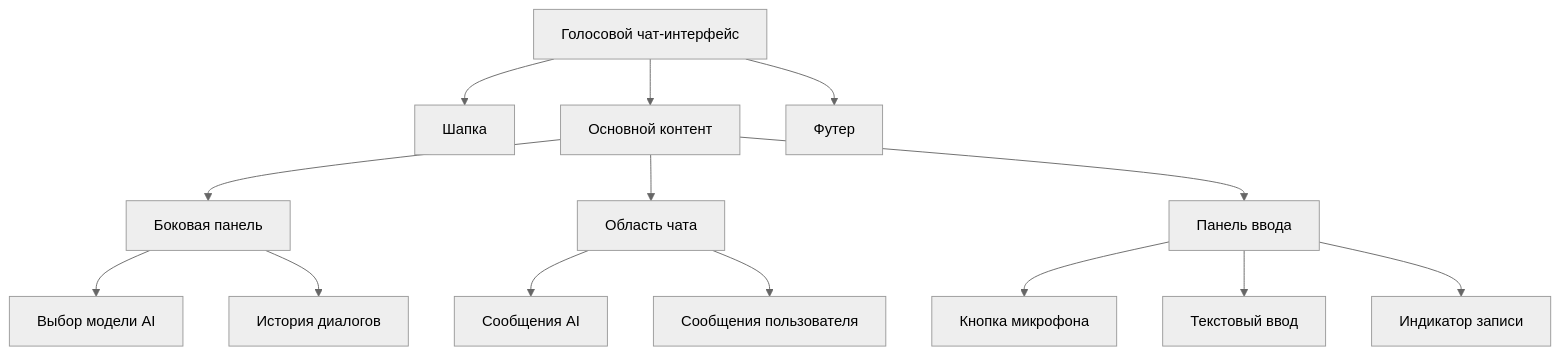
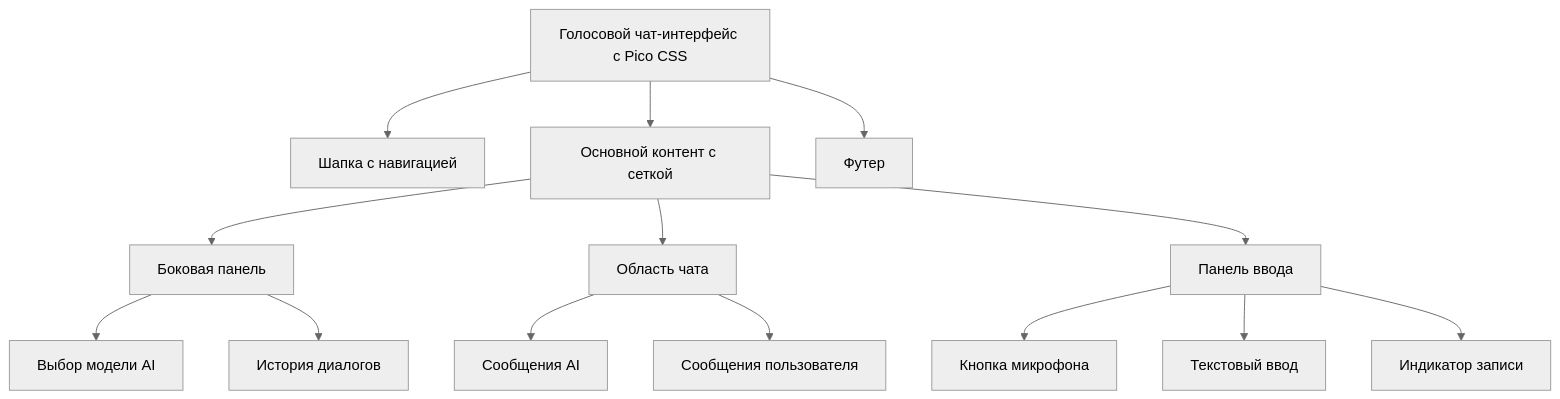
Before and after one commit to zephyr-m/voice: the diagram in plans/voice-interface-plan.md, drawn with Mermaid (neutral theme). The commit also changed other lines of this file and 6 other files, not shown here.

Commit message:
Initial commit: голосовой чат-интерфейс с Pico CSS

````diff
--- a/plans/voice-interface-plan.md
+++ b/plans/voice-interface-plan.md
@@ -752,20 +502,20 @@
 ```mermaid
 flowchart TD
-    A[Голосовой чат-интерфейс] --> B[Шапка]
-    A --> C[Основной контент]
+    A[Голосовой чат-интерфейс с Pico CSS] --> B[Шапка с навигацией]
+    A --> C[Основной контент с сеткой]
     A --> D[Футер]
     
     C --> E[Боковая панель]
     C --> F[Область чата]
     C --> G[Панель ввода]
     
     E --> H[Выбор модели AI]
     E --> I[История диалогов]
     
     F --> J[Сообщения AI]
     F --> K[Сообщения пользователя]
     
     G --> L[Кнопка микрофона]
     G --> M[Текстовый ввод]
     G --> N[Индикатор записи]
 ```
````
